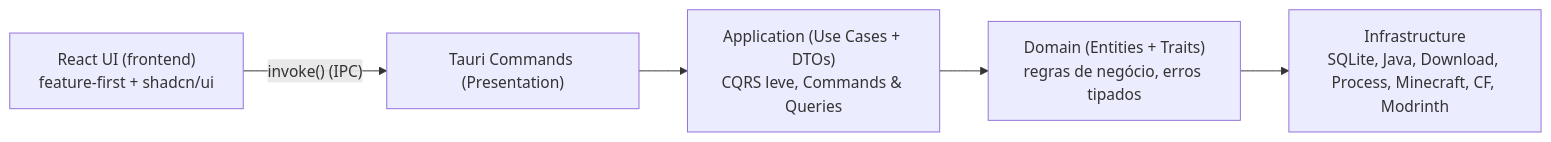
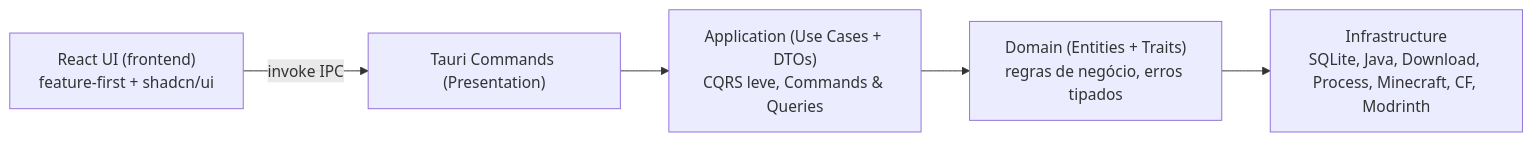
Before and after one commit to kauafpssx/AstroLauncher: the first of 2 diagrams in README.md, drawn with Mermaid. The commit also changed other lines of this file, not shown here.

````diff
--- a/README.md
+++ b/README.md
@@ -168,7 +157,7 @@
 ```mermaid
 graph LR
-    A["React UI (frontend)<br/>feature-first + shadcn/ui"] -- "invoke() (IPC)" --> B["Tauri Commands (Presentation)"]
+    A["React UI (frontend)<br/>feature-first + shadcn/ui"] -->|invoke IPC| B["Tauri Commands (Presentation)"]
     B --> C["Application (Use Cases + DTOs)<br/>CQRS leve, Commands & Queries"]
     C --> D["Domain (Entities + Traits)<br/>regras de negócio, erros tipados"]
     D --> E["Infrastructure<br/>SQLite, Java, Download, Process, Minecraft, CF, Modrinth"]
 ```
````
